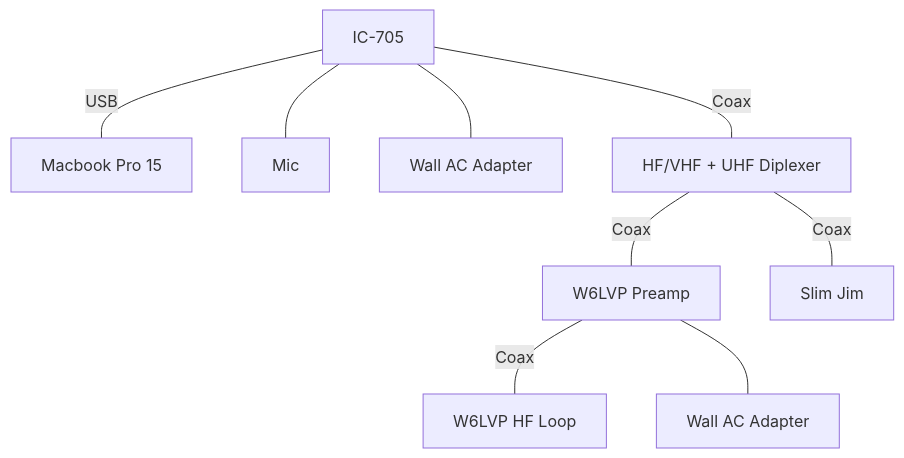
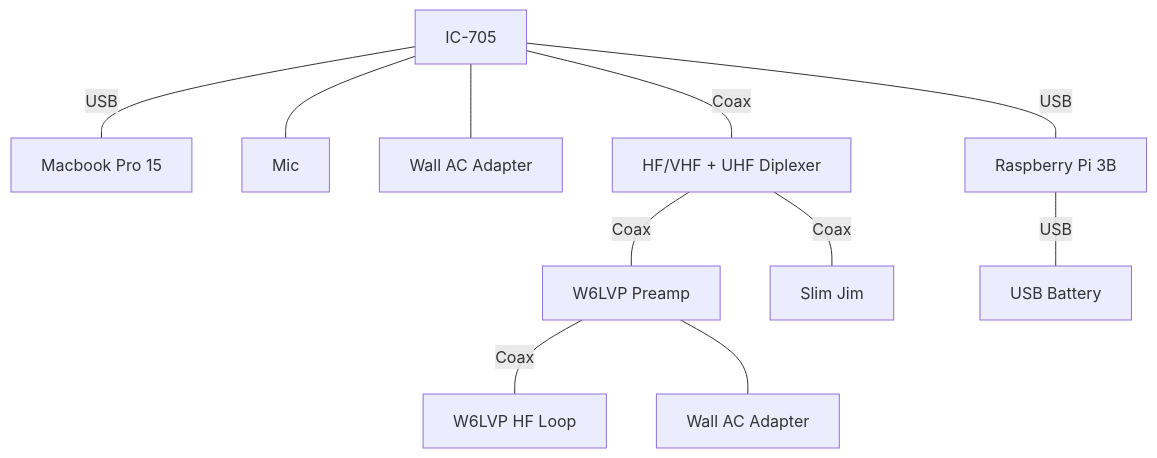
Before and after one commit to W3TM/shack: the third of 3 diagrams in src/home-stations.qmd, drawn with Mermaid. The commit also changed other lines of this file and 27 other files, not shown here.

````diff
--- a/src/home-stations.qmd
+++ b/src/home-stations.qmd
@@ -75,13 +75,15 @@
 ```{mermaid}
 %%| title: "HF-3 Connections"
 %%| fig-cap: "HF-3 Block Diagram"
 flowchart TD
   A[IC-705]---|USB|B[Macbook Pro 15]
   A --- I[Mic]
   A --- C[Wall AC Adapter]
   A---|Coax|D[HF/VHF + UHF Diplexer]
   D---|Coax|E[W6LVP Preamp]
   E---|Coax|H[W6LVP HF Loop]
   E --- G[Wall AC Adapter]
   D---|Coax|F[Slim Jim]
+  A ---|USB|K[Raspberry Pi 3B]
+  K ---|USB|J[USB Battery]
 ```
````
